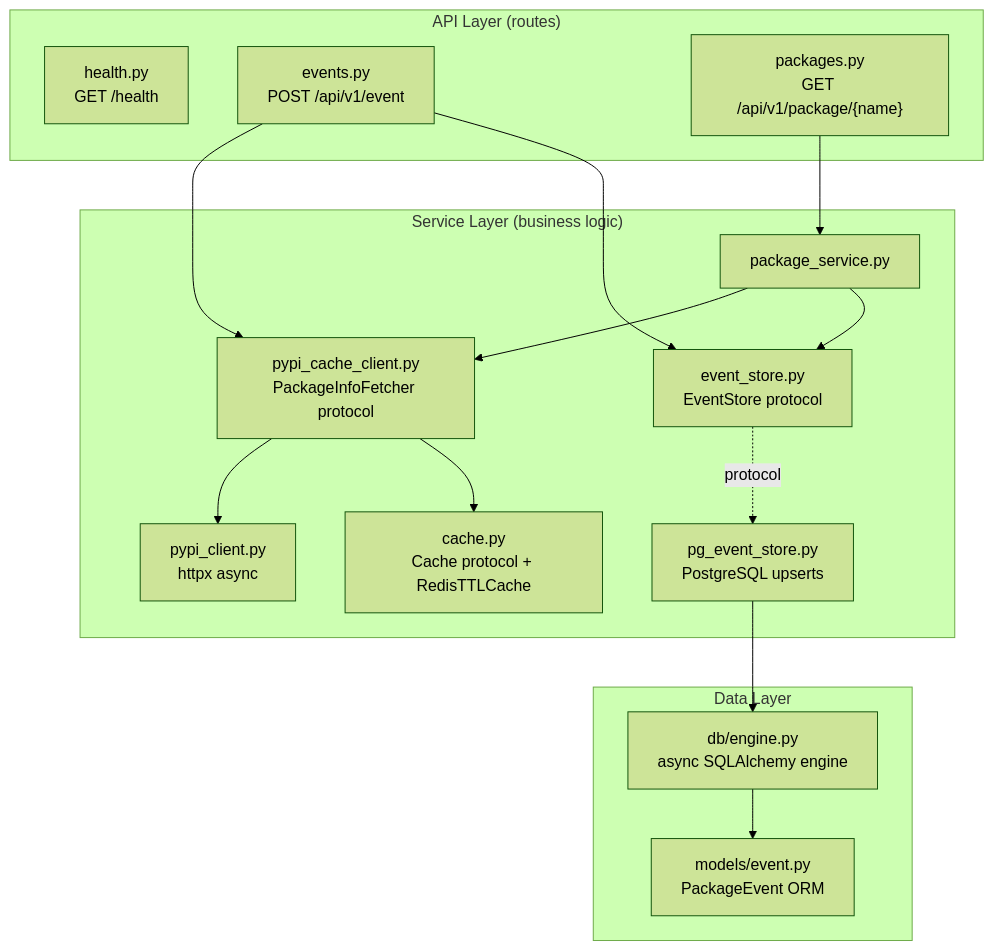
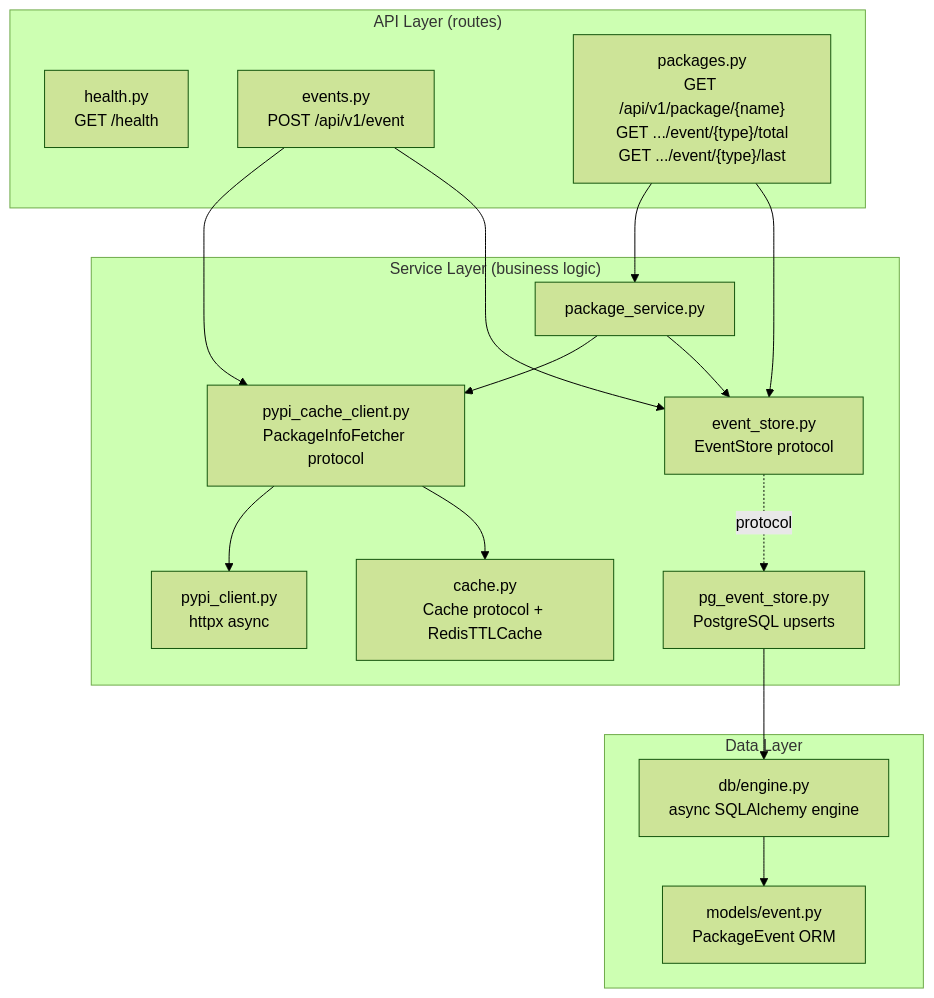
The second of 6 diagrams in docs/architecture.md (safa0/kingpi-server), drawn with Mermaid (forest theme) before and after one commit. The commit also changed other lines of this file, not shown here.

First line of the commit message:
docs: fix architecture diagram inaccuracies

````diff
--- a/docs/architecture.md
+++ b/docs/architecture.md
@@ -21,33 +21,34 @@
 ```mermaid
 graph TD
     subgraph API["API Layer (routes)"]
         health["health.py<br/>GET /health"]
         events["events.py<br/>POST /api/v1/event"]
-        packages["packages.py<br/>GET /api/v1/package/{name}"]
+        packages["packages.py<br/>GET /api/v1/package/{name}<br/>GET .../event/{type}/total<br/>GET .../event/{type}/last"]
     end
 
     subgraph Services["Service Layer (business logic)"]
         pkg_svc["package_service.py"]
         cache_client["pypi_cache_client.py<br/>PackageInfoFetcher protocol"]
         pypi_client["pypi_client.py<br/>httpx async"]
         cache["cache.py<br/>Cache protocol + RedisTTLCache"]
         event_store["event_store.py<br/>EventStore protocol"]
         pg_store["pg_event_store.py<br/>PostgreSQL upserts"]
     end
 
     subgraph Data["Data Layer"]
         engine["db/engine.py<br/>async SQLAlchemy engine"]
         model["models/event.py<br/>PackageEvent ORM"]
     end
 
     events --> cache_client
     events --> event_store
     packages --> pkg_svc
+    packages --> event_store
     pkg_svc --> cache_client
     pkg_svc --> event_store
     cache_client --> pypi_client
     cache_client --> cache
     event_store -.->|protocol| pg_store
     pg_store --> engine
     engine --> model
 ```
````
